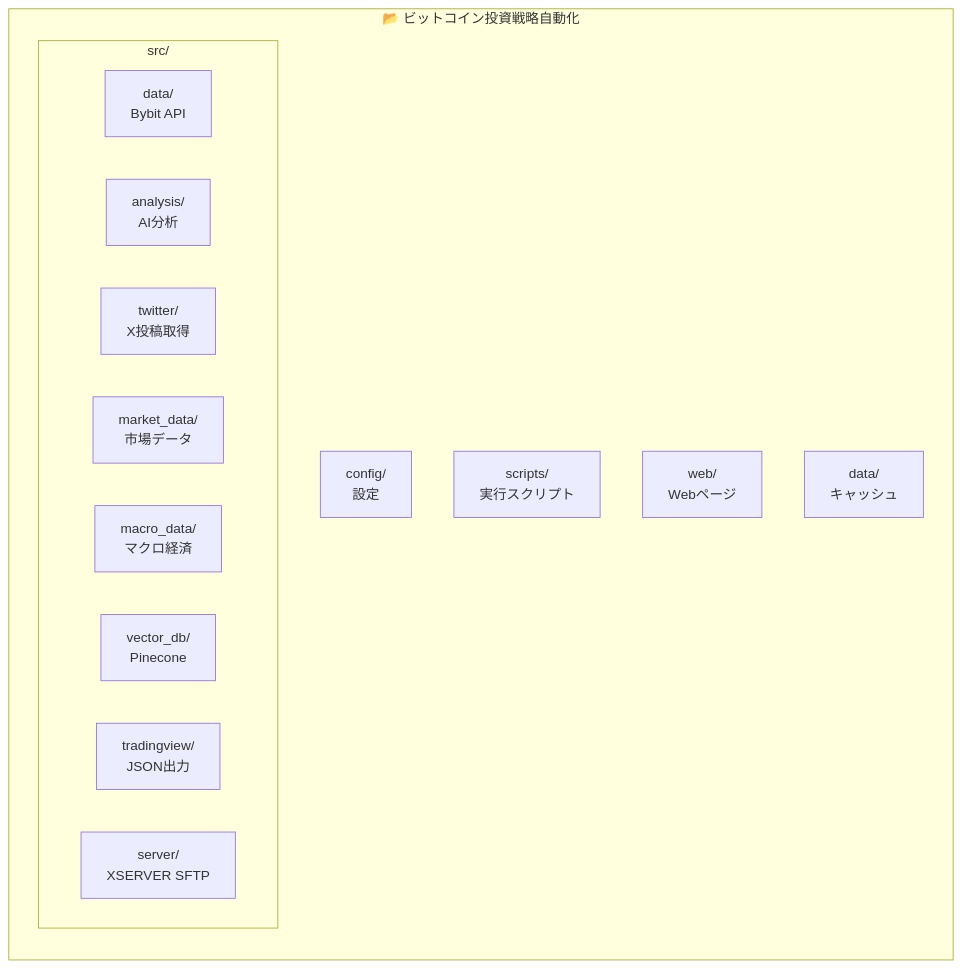
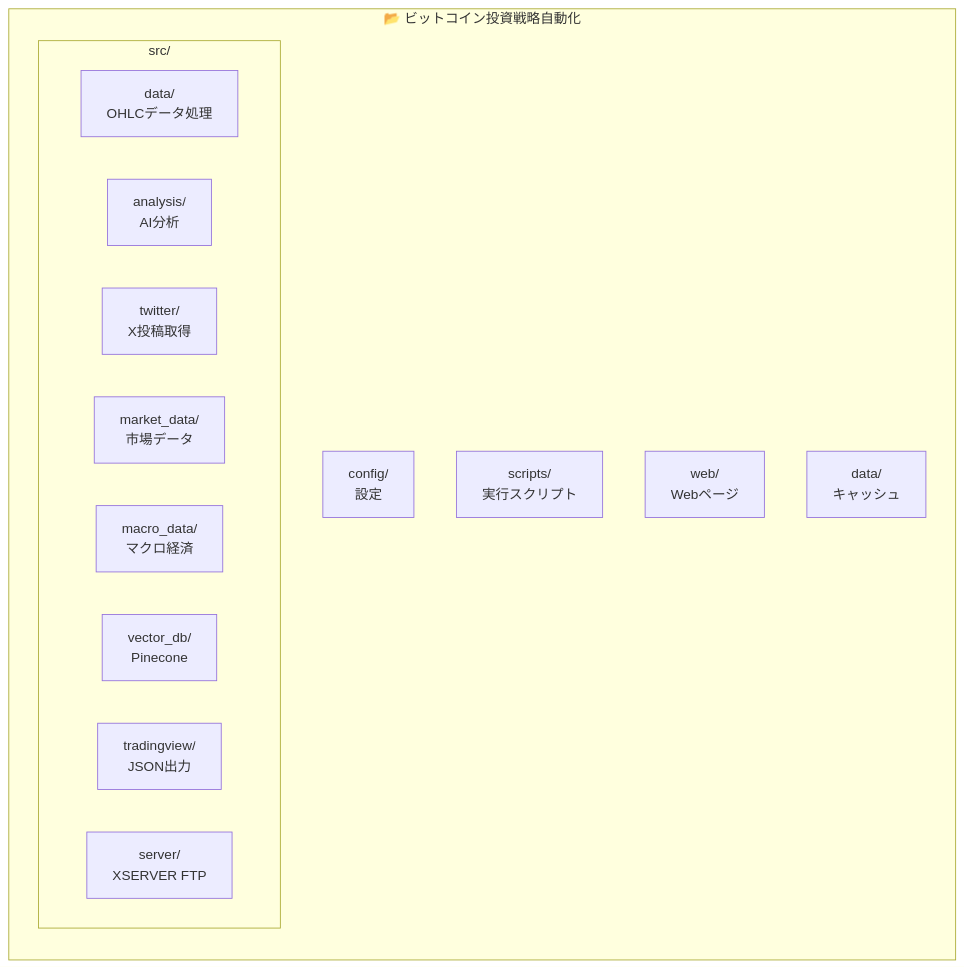
The third of 3 diagrams in .github/README.md (office8-inc/btc-investment-strategy), drawn with Mermaid before and after one commit. The commit also changed other lines of this file and 8 other files, not shown here.

````diff
--- a/.github/README.md
+++ b/.github/README.md
@@ -111,22 +110,22 @@
 ```mermaid
 graph LR
     subgraph Root["📂 ビットコイン投資戦略自動化"]
         subgraph Src["src/"]
-            Data["data/<br/>Bybit API"]
+            Data["data/<br/>OHLCデータ処理"]
             Analysis["analysis/<br/>AI分析"]
             TwitterMod["twitter/<br/>X投稿取得"]
 
             MarketData["market_data/<br/>市場データ"]
             MacroData["macro_data/<br/>マクロ経済"]
             VectorDB["vector_db/<br/>Pinecone"]
             TradingViewMod["tradingview/<br/>JSON出力"]
-            Server["server/<br/>XSERVER SFTP"]
+            Server["server/<br/>XSERVER FTP"]
         end
         
         Config["config/<br/>設定"]
         Scripts["scripts/<br/>実行スクリプト"]
         Web["web/<br/>Webページ"]
 
         DataDir["data/<br/>キャッシュ"]
     end
 ```
````
